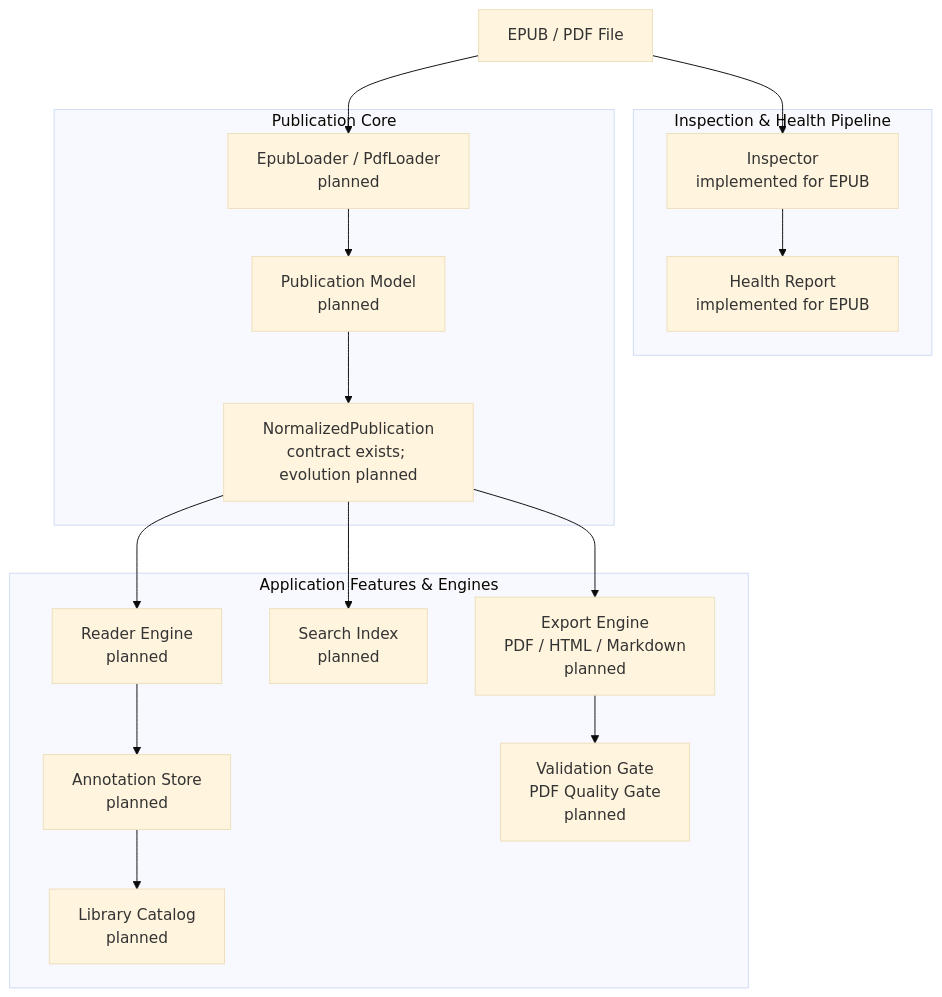
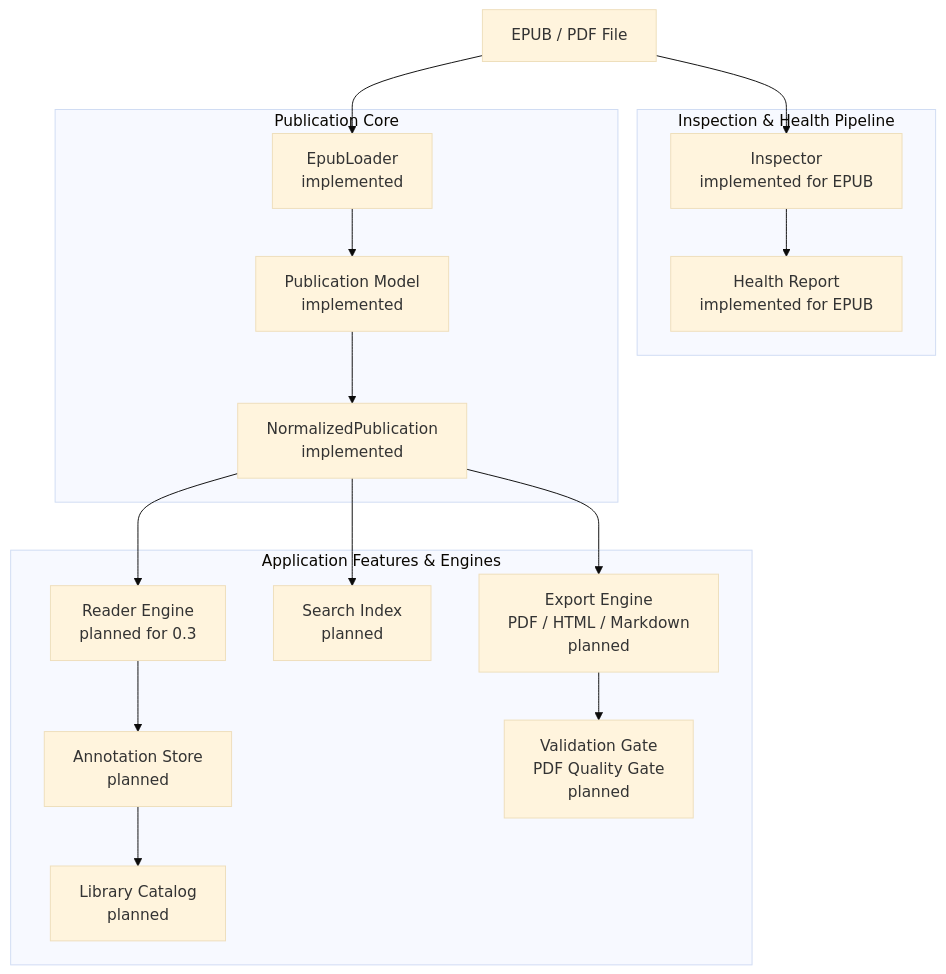
One commit to bosatsu25/ReflowPress changed the first of 4 diagrams in docs/architecture.md. Above: the diagram before and after it, drawn with Mermaid (base theme). The commit also changed other lines of this file and 4 other files, not shown here.

````diff
--- a/docs/architecture.md
+++ b/docs/architecture.md
@@ -11,34 +11,34 @@
 ```mermaid
 flowchart TD
     SOURCE[EPUB / PDF File]
 
     subgraph INSP_SUB[Inspection & Health Pipeline]
         INSPECTOR[Inspector<br/>implemented for EPUB]
         HEALTH[Health Report<br/>implemented for EPUB]
     end
 
     subgraph CORE_SUB[Publication Core]
-        LOADER[EpubLoader / PdfLoader<br/>planned]
-        PUB_MODEL[Publication Model<br/>planned]
-        NORMALIZED[NormalizedPublication<br/>contract exists; evolution planned]
+        LOADER[EpubLoader<br/>implemented]
+        PUB_MODEL[Publication Model<br/>implemented]
+        NORMALIZED[NormalizedPublication<br/>implemented]
     end
 
     subgraph CONSUMER_SUB[Application Features & Engines]
-        READER[Reader Engine<br/>planned]
+        READER[Reader Engine<br/>planned for 0.3]
         ANNOTATION[Annotation Store<br/>planned]
         LIBRARY[Library Catalog<br/>planned]
         SEARCH[Search Index<br/>planned]
         EXPORT[Export Engine<br/>PDF / HTML / Markdown<br/>planned]
         VALIDATION[Validation Gate<br/>PDF Quality Gate<br/>planned]
     end
 
     SOURCE --> INSPECTOR --> HEALTH
     SOURCE --> LOADER --> PUB_MODEL --> NORMALIZED
 
     NORMALIZED --> READER
     READER --> ANNOTATION
     ANNOTATION --> LIBRARY
     NORMALIZED --> SEARCH
     NORMALIZED --> EXPORT
     EXPORT --> VALIDATION
 ```
````
